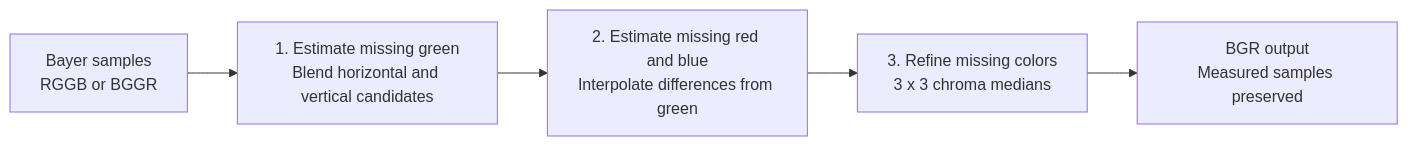
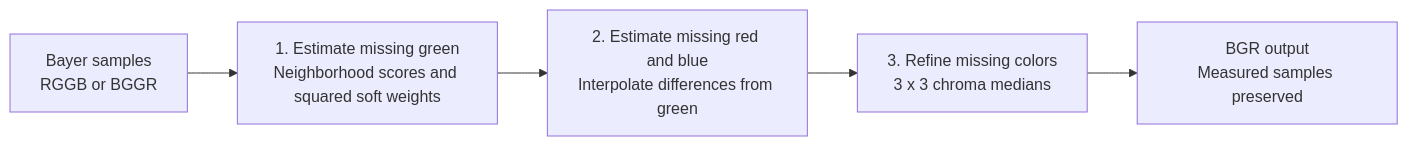
One commit to catid/SoftMenon changed the first of 3 diagrams in README.md. Above: the diagram before and after it, drawn with Mermaid. The commit also changed other lines of this file and 57 other files, not shown here.

````diff
--- a/README.md
+++ b/README.md
@@ -28,7 +28,7 @@
 ```mermaid
 flowchart LR
-    RAW["Bayer samples<br/>RGGB or BGGR"] --> G["1. Estimate missing green<br/>Blend horizontal and vertical candidates"]
+    RAW["Bayer samples<br/>RGGB or BGGR"] --> G["1. Estimate missing green<br/>Neighborhood scores and squared soft weights"]
     G --> RGB["2. Estimate missing red and blue<br/>Interpolate differences from green"]
     RGB --> M["3. Refine missing colors<br/>3 x 3 chroma medians"]
     M --> OUT["BGR output<br/>Measured samples preserved"]
 ```
````
